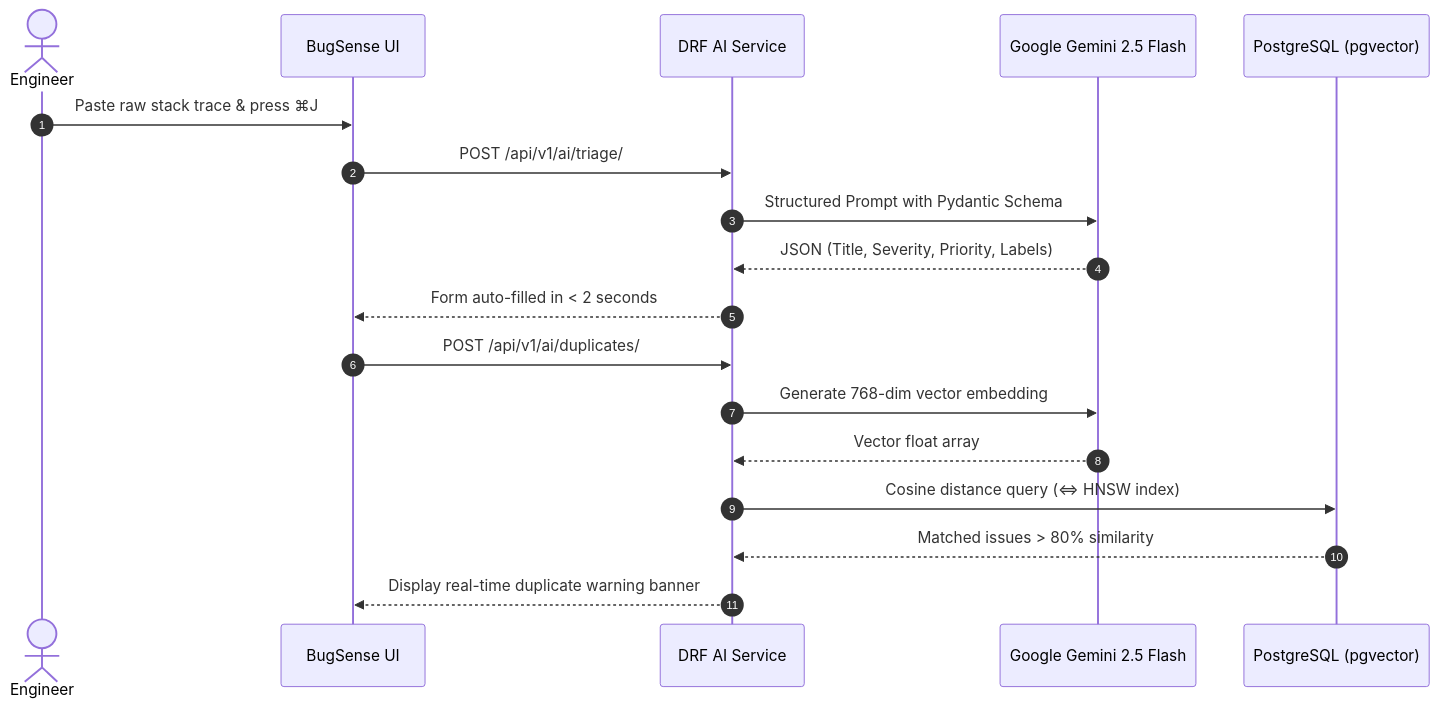
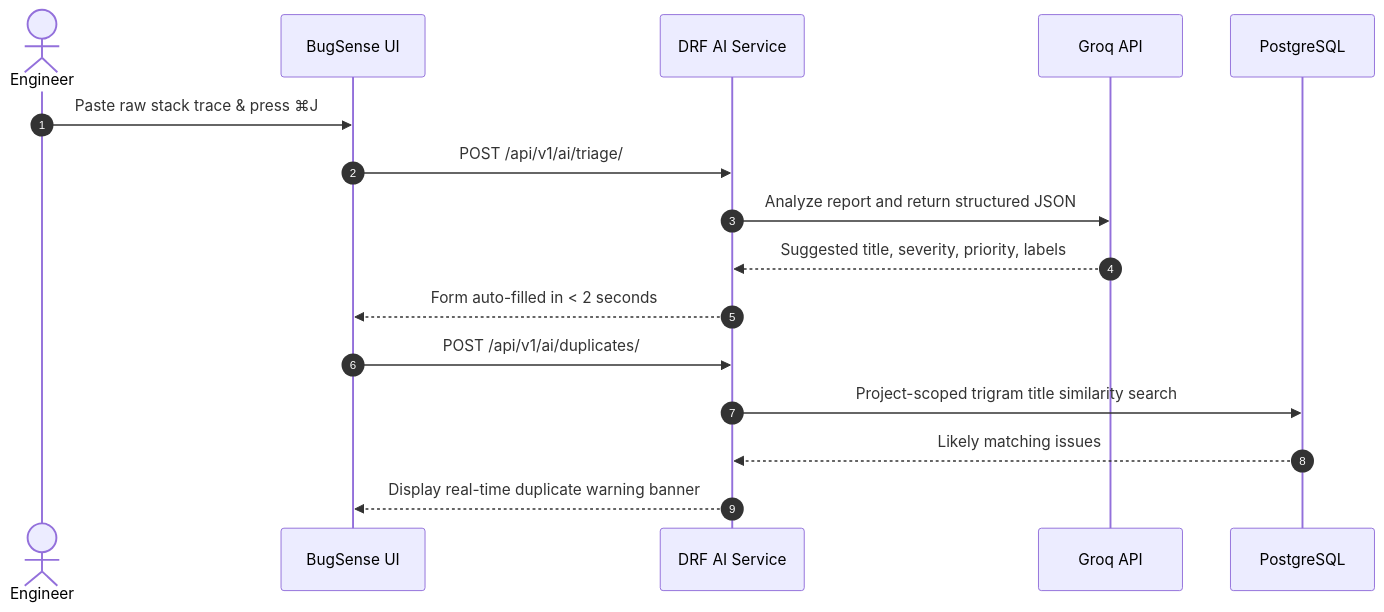
The second of 2 diagrams in README.md (meetsojitra08/bugsence), drawn with Mermaid before and after one commit. The commit also changed other lines of this file and 59 other files, not shown here.

````diff
--- a/README.md
+++ b/README.md
@@ -54,21 +53,19 @@
 ```mermaid
 sequenceDiagram
     autonumber
     actor Dev as Engineer
     participant UI as BugSense UI
     participant Backend as DRF AI Service
-    participant Gemini as Google Gemini 2.5 Flash
-    participant DB as PostgreSQL (pgvector)
+    participant Groq as Groq API
+    participant DB as PostgreSQL
 
     Dev->>UI: Paste raw stack trace & press ⌘J
     UI->>Backend: POST /api/v1/ai/triage/
-    Backend->>Gemini: Structured Prompt with Pydantic Schema
-    Gemini-->>Backend: JSON (Title, Severity, Priority, Labels)
+    Backend->>Groq: Analyze report and return structured JSON
+    Groq-->>Backend: Suggested title, severity, priority, labels
     Backend-->>UI: Form auto-filled in < 2 seconds
     UI->>Backend: POST /api/v1/ai/duplicates/
-    Backend->>Gemini: Generate 768-dim vector embedding
-    Gemini-->>Backend: Vector float array
-    Backend->>DB: Cosine distance query (<=> HNSW index)
-    DB-->>Backend: Matched issues > 80% similarity
+    Backend->>DB: Project-scoped trigram title similarity search
+    DB-->>Backend: Likely matching issues
     Backend-->>UI: Display real-time duplicate warning banner
 ```
````
